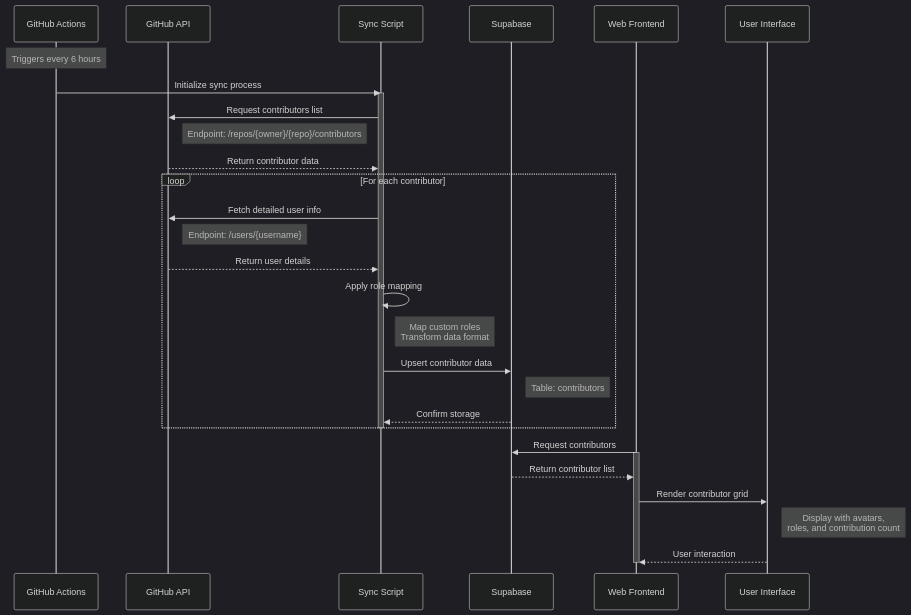
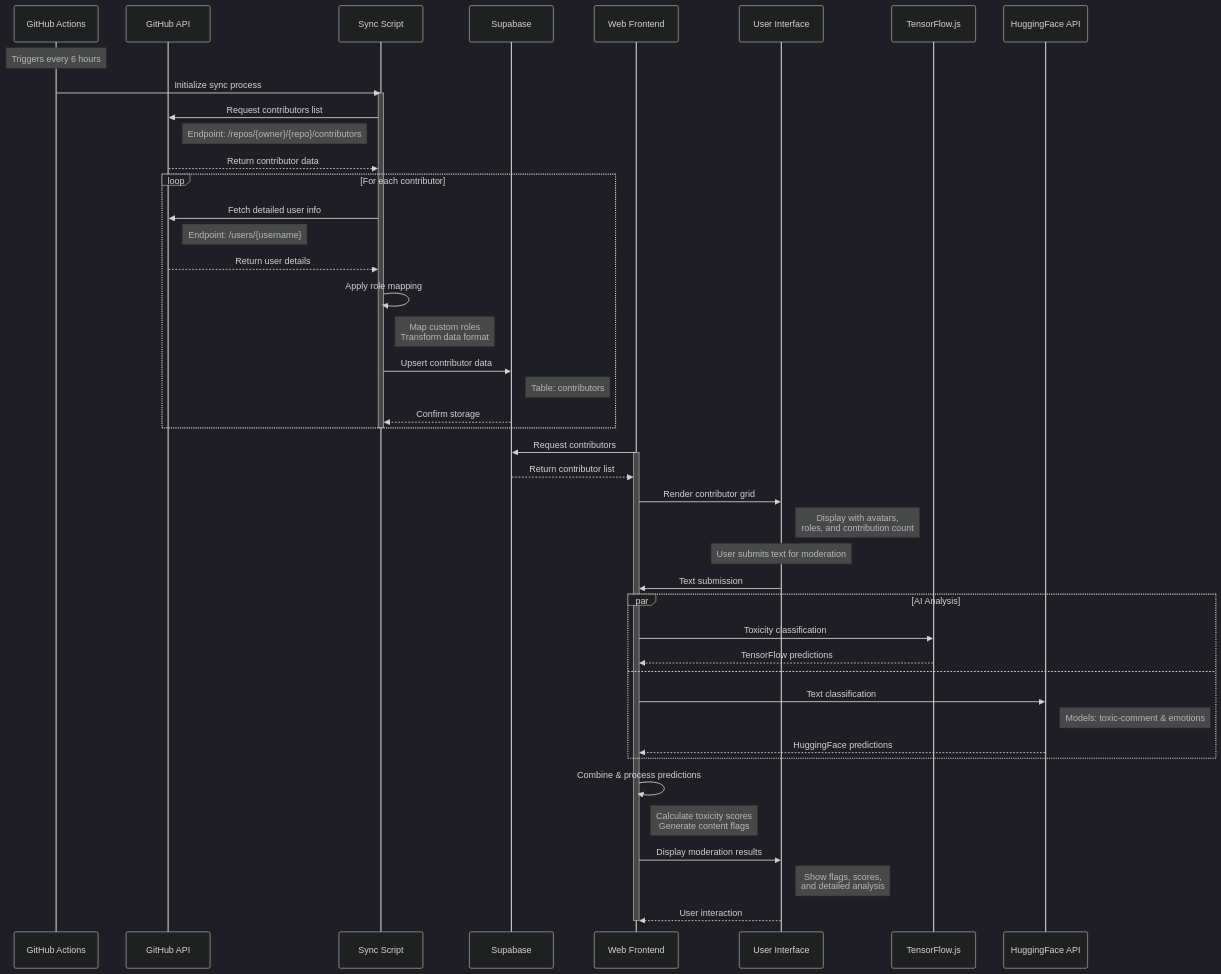
Before and after one commit to nathan-myers/Maverick-AI: the first of 4 diagrams in README.md, drawn with Mermaid (dark theme). The commit also changed other lines of this file, not shown here.

````diff
--- a/README.md
+++ b/README.md
@@ -75,43 +75,64 @@
 ```mermaid
 sequenceDiagram
     participant GHA as GitHub Actions
     participant GH as GitHub API
     participant SS as Sync Script
     participant SB as Supabase
     participant WEB as Web Frontend
     participant UI as User Interface
-
+    participant TF as TensorFlow.js
+    participant HF as HuggingFace API
+    
     Note over GHA: Triggers every 6 hours
     
     GHA->>SS: Initialize sync process
     activate SS
     
     SS->>GH: Request contributors list
     Note right of GH: Endpoint: /repos/{owner}/{repo}/contributors
     GH-->>SS: Return contributor data
     
     loop For each contributor
         SS->>GH: Fetch detailed user info
         Note right of GH: Endpoint: /users/{username}
         GH-->>SS: Return user details
         
         SS->>SS: Apply role mapping
         Note right of SS: Map custom roles<br/>Transform data format
         
         SS->>SB: Upsert contributor data
         Note right of SB: Table: contributors
         SB-->>SS: Confirm storage
     end
     
     deactivate SS
     
     WEB->>SB: Request contributors
     activate WEB
     SB-->>WEB: Return contributor list
     
     WEB->>UI: Render contributor grid
     Note right of UI: Display with avatars,<br/>roles, and contribution count
     
+    Note over UI: User submits text for moderation
+    
+    UI->>WEB: Text submission
+    
+    par AI Analysis
+        WEB->>TF: Toxicity classification
+        TF-->>WEB: TensorFlow predictions
+    and
+        WEB->>HF: Text classification
+        Note right of HF: Models: toxic-comment & emotions
+        HF-->>WEB: HuggingFace predictions
+    end
+    
+    WEB->>WEB: Combine & process predictions
+    Note right of WEB: Calculate toxicity scores<br/>Generate content flags
+    
+    WEB->>UI: Display moderation results
+    Note right of UI: Show flags, scores,<br/>and detailed analysis
+    
     UI-->>WEB: User interaction
     deactivate WEB
 ```
````
